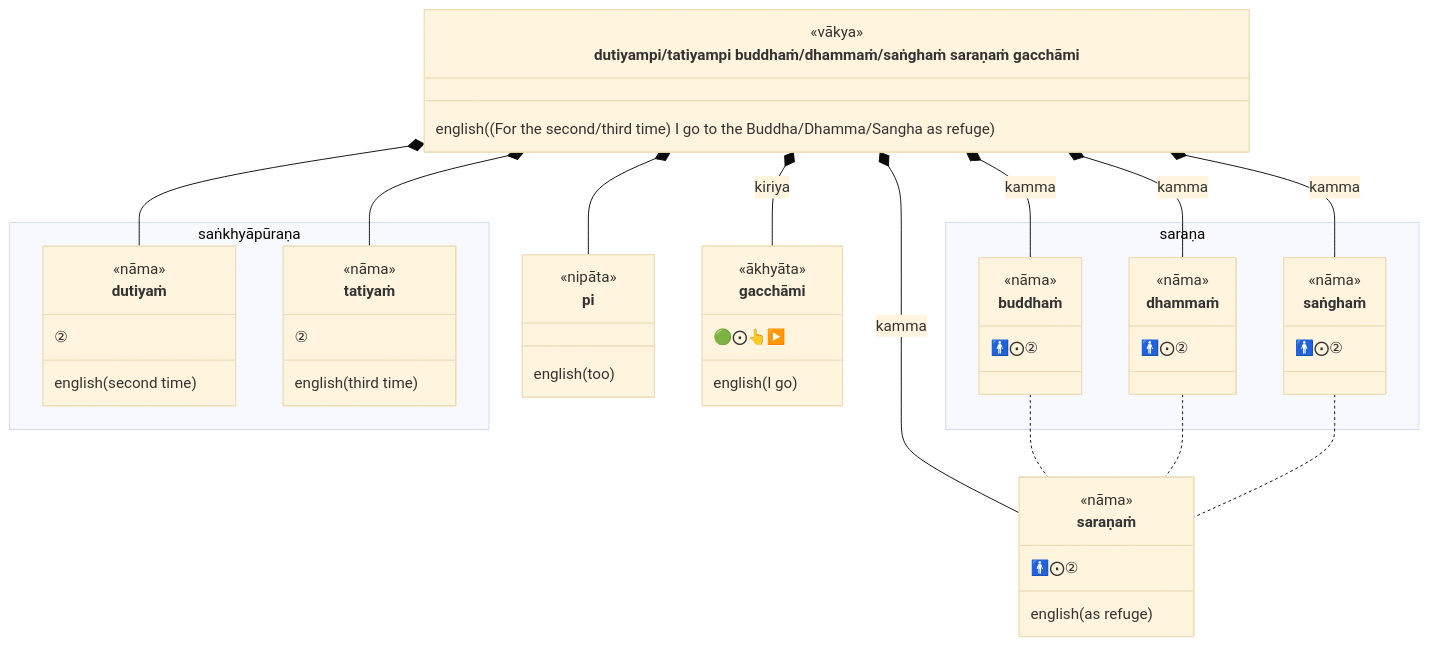
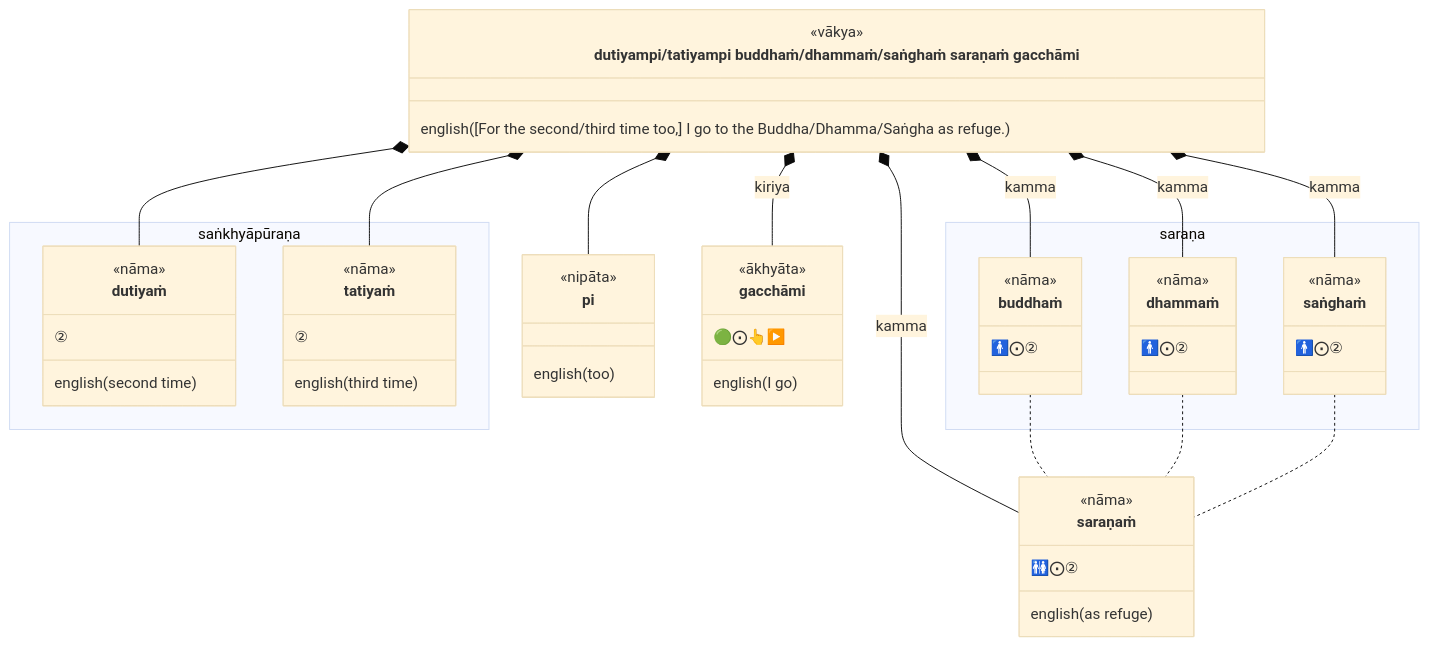
Before and after one commit to ChristineTham/buddhavacana: the sixth of 8 diagrams in src/content/docs/Pali Textbook/1-basics.md, drawn with Mermaid (base theme). The commit also changed other lines of this file and 27 other files, not shown here.

````diff
--- a/src/content/docs/Pali Textbook/1-basics.md
+++ b/src/content/docs/Pali Textbook/1-basics.md
@@ -2546,58 +2546,58 @@
 ```mermaid
 classDiagram
   class sentence["dutiyampi/tatiyampi buddhaṁ/dhammaṁ/saṅghaṁ saraṇaṁ gacchāmi"] {
     <<vākya>>
-    english((For the second/third time) I go to the Buddha/Dhamma/Sangha as refuge)
+    english([For the second/third time too,] I go to the Buddha/Dhamma/Saṅgha as refuge.)
   }
   namespace saṅkhyāpūraṇa {
     class dutiyaṁ {
       <<nāma>>
       ②
       english(second time)
     }
     class tatiyaṁ {
       <<nāma>>
       ②
       english(third time)
     }
   }
   class pi {
     <<nipāta>>
     english(too)
   }
   namespace saraṇa {
     class buddhaṁ {
       <<nāma>>
       🚹⨀②
     }
     class dhammaṁ {
       <<nāma>>
       🚹⨀②
     }
     class saṅghaṁ {
       <<nāma>>
       🚹⨀②
     }
   }
   class saraṇaṁ {
     <<nāma>>
-     🚹⨀②
+     🚻⨀②
     english(as refuge)
   }
   class gacchāmi {
     <<ākhyāta>>
      🟢⨀👆▶️
     english(I go)
   }
   sentence *-- dutiyaṁ
   sentence *-- tatiyaṁ
   sentence *-- pi
   sentence *-- buddhaṁ : kamma
   sentence *-- dhammaṁ : kamma
   sentence *-- saṅghaṁ : kamma
   sentence *-- saraṇaṁ : kamma
   sentence *-- gacchāmi: kiriya
   buddhaṁ .. saraṇaṁ
   dhammaṁ .. saraṇaṁ
   saṅghaṁ .. saraṇaṁ
 ```
````
